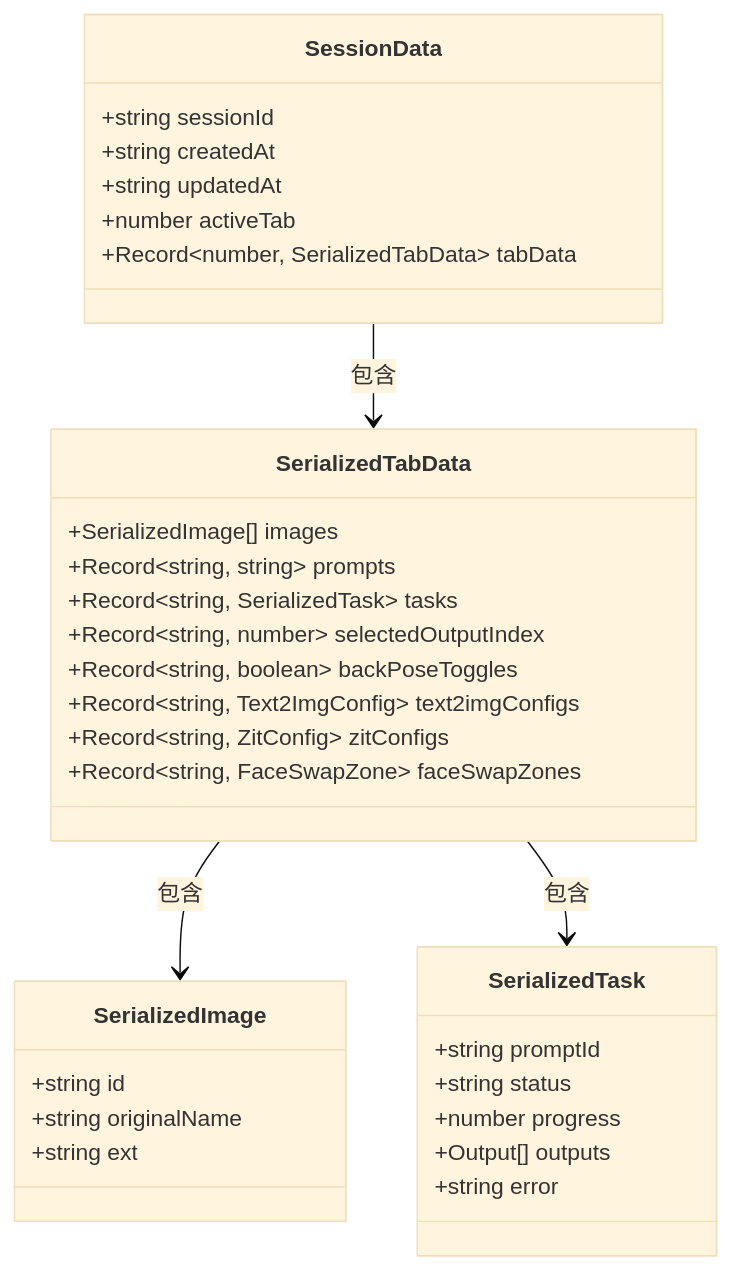
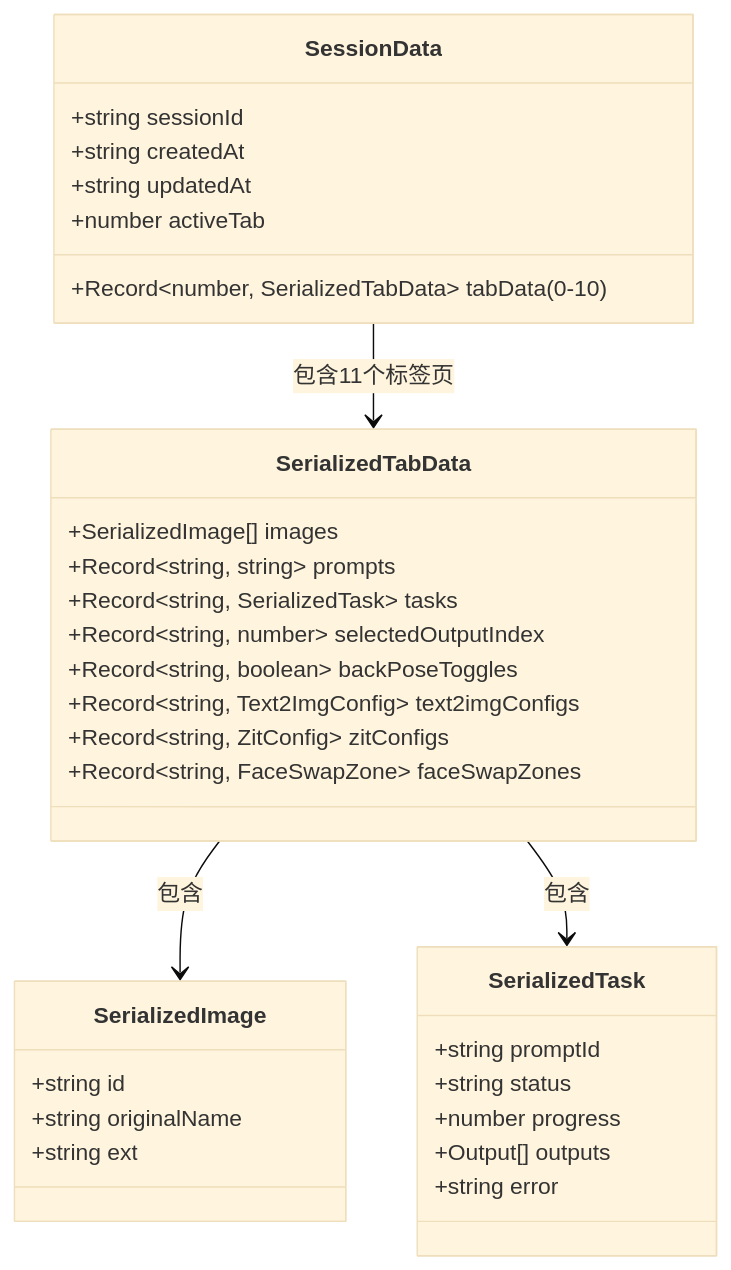
One commit to billye220670/CorineKit_Pix2Real changed the fifth of 7 diagrams in .qoder/repowiki/zh/content/前端应用/状态管理系统/会话状态管理.md. Above: the diagram before and after it, drawn with Mermaid (base theme). The commit also changed other lines of this file and 21 other files, not shown here.

````diff
--- a/.qoder/repowiki/zh/content/前端应用/状态管理系统/会话状态管理.md
+++ b/.qoder/repowiki/zh/content/前端应用/状态管理系统/会话状态管理.md
@@ -173,35 +242,35 @@
 ```mermaid
 classDiagram
 class SessionData {
 +string sessionId
 +string createdAt
 +string updatedAt
 +number activeTab
-+Record~number, SerializedTabData~ tabData
++Record~number, SerializedTabData~ tabData (0-10)
 }
 class SerializedTabData {
 +SerializedImage[] images
 +Record~string, string~ prompts
 +Record~string, SerializedTask~ tasks
 +Record~string, number~ selectedOutputIndex
 +Record~string, boolean~ backPoseToggles
 +Record~string, Text2ImgConfig~ text2imgConfigs
 +Record~string, ZitConfig~ zitConfigs
 +Record~string, FaceSwapZone~ faceSwapZones
 }
 class SerializedImage {
 +string id
 +string originalName
 +string ext
 }
 class SerializedTask {
 +string promptId
 +string status
 +number progress
 +Output[] outputs
 +string error
 }
-SessionData --> SerializedTabData : 包含
+SessionData --> SerializedTabData : 包含11个标签页
 SerializedTabData --> SerializedImage : 包含
 SerializedTabData --> SerializedTask : 包含
 ```
````
